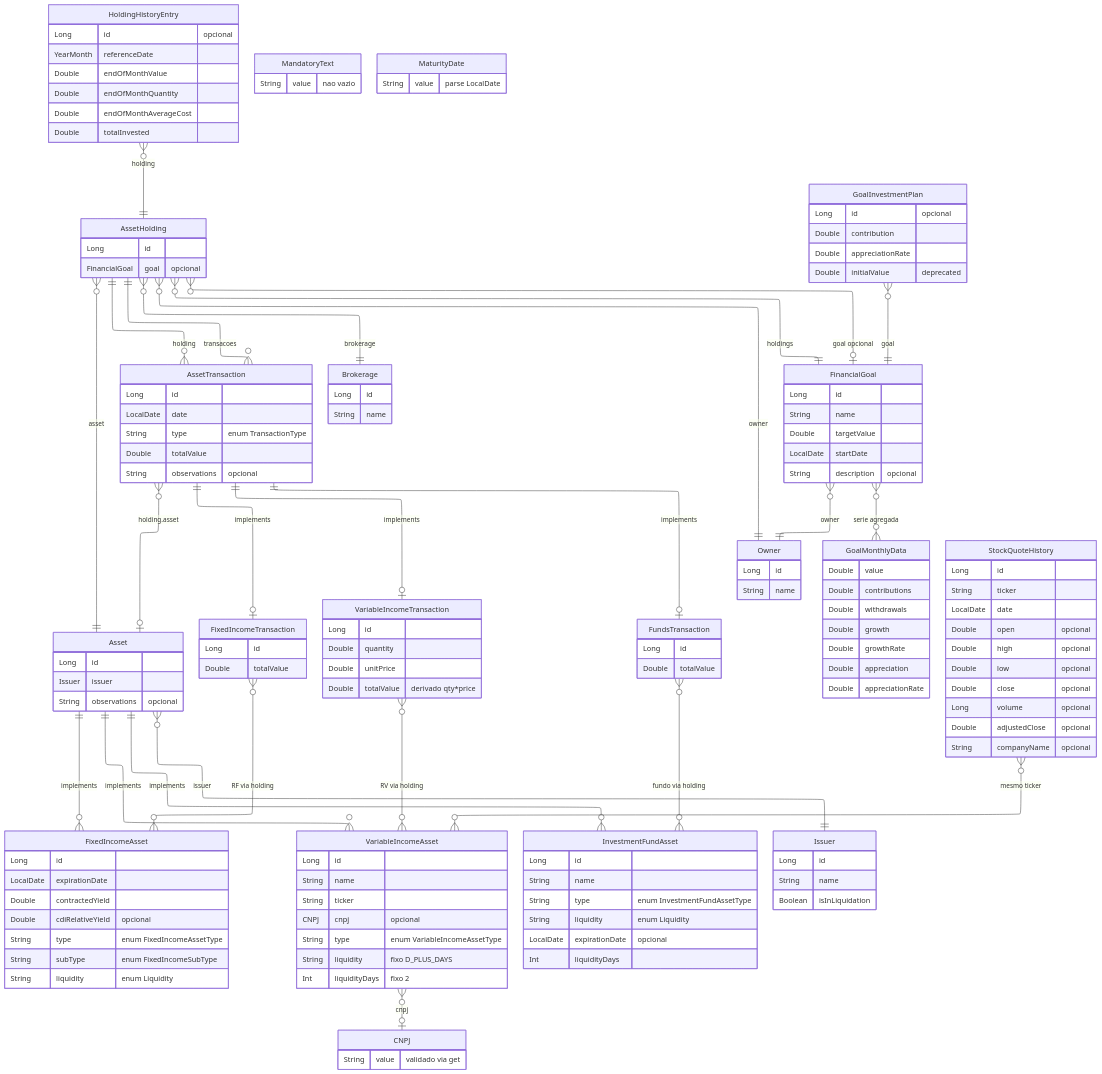
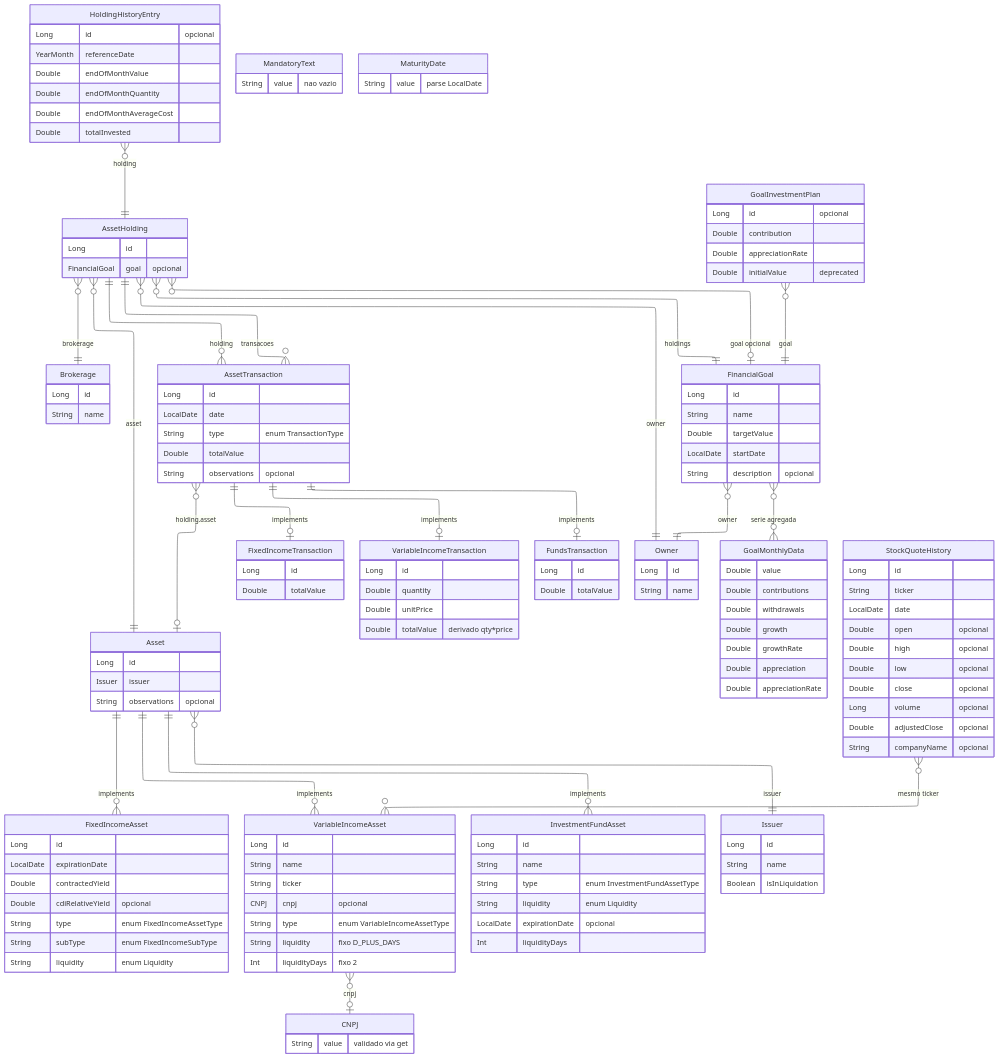
The first of 2 diagrams in core/domain/entity/docs/DOMAIN.md (enirsilvaferraz/Investments-KMP), drawn with Mermaid before and after one commit.

Commit message:
docs: Update domain entity relationship diagram
This commit updates the `DOMAIN.md` documentation by commenting out several specific transaction-to-asset relationships in the Mermaid diagram to reflect changes in the domain model.

Key changes:
- **Documentation:**
    - Commented out the direct relationship lines between `FixedIncomeTransaction`, `VariableIncomeTransaction`, and `FundsTransaction` and their corresponding asset types (`FixedIncomeAsset`, `VariableIncomeAsset`, and `InvestmentFundAsset`) in `core/domain/entity/docs/DOMAIN.md`.

```diff
--- a/core/domain/entity/docs/DOMAIN.md
+++ b/core/domain/entity/docs/DOMAIN.md
@@ -246,9 +246,9 @@
     AssetTransaction ||--o| VariableIncomeTransaction : "implements"
     AssetTransaction ||--o| FundsTransaction : "implements"
     AssetTransaction }o--o| Asset : "holding.asset"
-    FixedIncomeTransaction }o--o{ FixedIncomeAsset : "RF via holding"
-    VariableIncomeTransaction }o--o{ VariableIncomeAsset : "RV via holding"
-    FundsTransaction }o--o{ InvestmentFundAsset : "fundo via holding"
+%%    FixedIncomeTransaction }o--o{ FixedIncomeAsset : "RF via holding"
+%%    VariableIncomeTransaction }o--o{ VariableIncomeAsset : "RV via holding"
+%%    FundsTransaction }o--o{ InvestmentFundAsset : "fundo via holding"
     HoldingHistoryEntry }o--|| AssetHolding : "holding"
     FinancialGoal }o--o{ GoalMonthlyData : "serie agregada"
     GoalInvestmentPlan }o--|| FinancialGoal : "goal"
```
